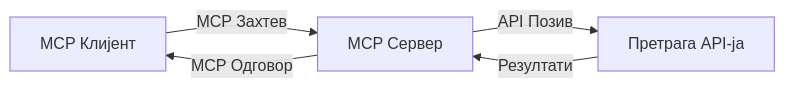
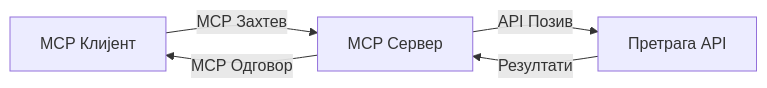
One commit to microsoft/mcp-for-beginners changed the second of 4 diagrams in translations/sr/05-AdvancedTopics/mcp-realtimesearch/README.md. Above: the diagram before and after it, drawn with Mermaid. The commit also changed other lines of this file and 154 other files, not shown here.

````diff
--- a/translations/sr/05-AdvancedTopics/mcp-realtimesearch/README.md
+++ b/translations/sr/05-AdvancedTopics/mcp-realtimesearch/README.md
@@ -598,7 +600,7 @@
 ```mermaid
 graph LR
     Client[MCP Клијент] --> |MCP Захтев| Server[MCP Сервер]
-    Server --> |API Позив| SearchAPI[Претрага API-ја]
+    Server --> |API Позив| SearchAPI[Претрага API]
     SearchAPI --> |Резултати| Server
     Server --> |MCP Одговор| Client
 ```
````
